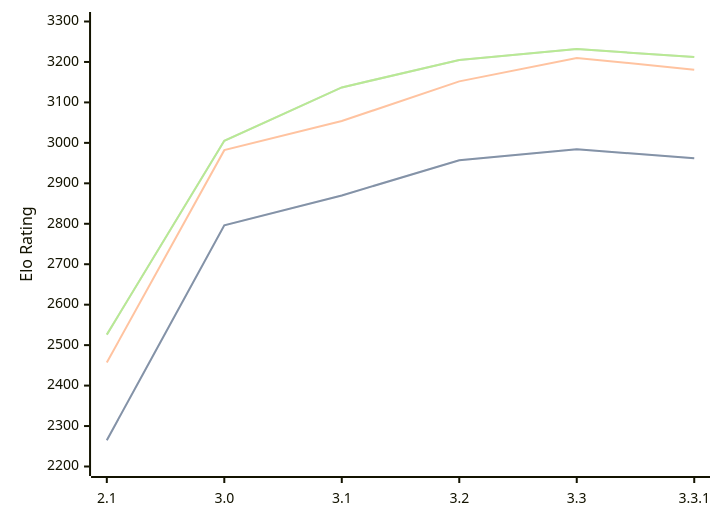
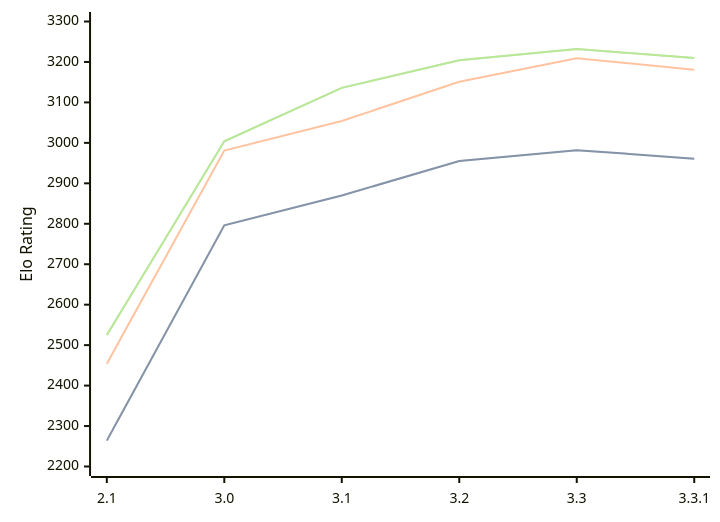
The diagram in engines/Petrel.md (computer-chess-index/cci), drawn with Mermaid before and after one commit. The commit also changed other lines of this file, not shown here.

Commit message:
Update CCI Ratings (ELO VLTC) - 2026-03-12

````diff
--- a/engines/Petrel.md
+++ b/engines/Petrel.md
@@ -41,11 +41,11 @@
 ```mermaid
 %%{init: {"theme":"base","themeVariables":{"seriesColors:['#a3a3a3','#222221','#faa371']}}}%%
 xychart-beta
   x-axis ["2.1", "3.0", "3.1", "3.2", "3.3", "3.3.1"]
   y-axis "Elo Rating" 2200 --> 3300
-  line "STC (8.0+0.08s)" [2265, 2796, 2870, 2957, 2984, 2962]
-  line "STC (8.0+0.08s)" [2265, 2796, 2870, 2957, 2984, 2962]
-  line "LTC (60.0+0.60s)" [2457, 2982, 3054, 3152, 3210, 3181]
-  line "VLTC (2m24s+1.12s)" [2526, 3005, 3137, 3205, 3232, 3212]
-  line "VLTC (2m24s+1.12s)" [2526, 3005, 3137, 3205, 3232, 3212]
+  line "STC (8.0+0.08s)" [2264, 2796, 2870, 2955, 2982, 2961]
+  line "STC (8.0+0.08s)" [2264, 2796, 2870, 2955, 2982, 2961]
+  line "LTC (60.0+0.60s)" [2454, 2981, 3054, 3151, 3209, 3181]
+  line "VLTC (2m24s+1.12s)" [2525, 3004, 3136, 3204, 3232, 3210]
+  line "VLTC (2m24s+1.12s)" [2525, 3004, 3136, 3204, 3232, 3210]
 ```
````
